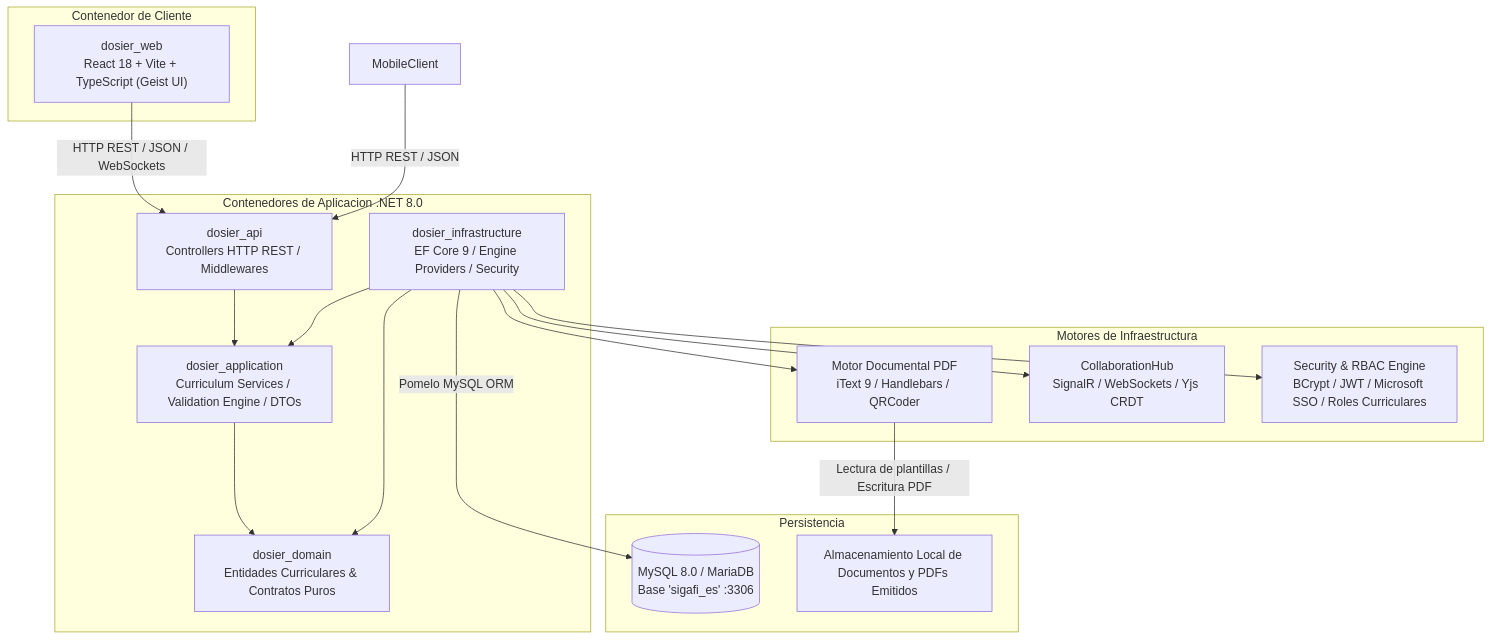
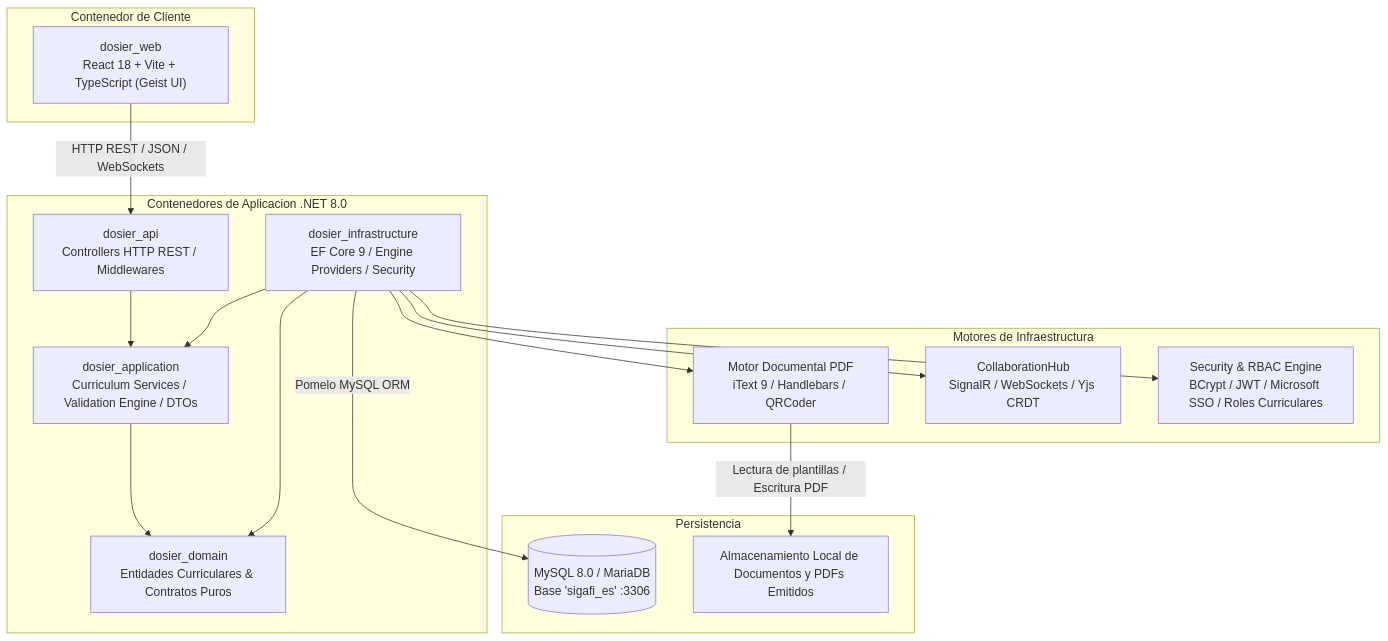
The third of 3 diagrams in docs/documentacion/01-arquitectura/01-macro-arquitectura-clean-arch.md (JorgeDoicela/dosier), drawn with Mermaid before and after one commit. The commit also changed other lines of this file and 23 other files, not shown here.

````diff
--- a/docs/documentacion/01-arquitectura/01-macro-arquitectura-clean-arch.md
+++ b/docs/documentacion/01-arquitectura/01-macro-arquitectura-clean-arch.md
@@ -92,39 +91,38 @@
 ```mermaid
 graph TB
     subgraph Clients [Contenedor de Cliente]
         WebClient["dosier_web\nReact 18 + Vite + TypeScript (Geist UI)"]
     end
 
     subgraph BackendServices [Contenedores de Aplicacion .NET 8.0]
         APIContainer["dosier_api\nControllers HTTP REST / Middlewares"]
         AppContainer["dosier_application\nCurriculum Services / Validation Engine / DTOs"]
         DomainContainer["dosier_domain\nEntidades Curriculares & Contratos Puros"]
         InfraContainer["dosier_infrastructure\nEF Core 9 / Engine Providers / Security"]
     end
 
     subgraph SpecializedEngines [Motores de Infraestructura]
         DocEngine["Motor Documental PDF\niText 9 / Handlebars / QRCoder"]
         CoWorkHub["CollaborationHub\nSignalR / WebSockets / Yjs CRDT"]
         SecurityEngine["Security & RBAC Engine\nBCrypt / JWT / Microsoft SSO / Roles Curriculares"]
     end
 
     subgraph DataStorage [Persistencia]
         DB[(MySQL 8.0 / MariaDB\nBase 'sigafi_es' :3306)]
         FileStore["Almacenamiento Local de Documentos y PDFs Emitidos"]
     end
 
     WebClient -->|HTTP REST / JSON / WebSockets| APIContainer
-    MobileClient -->|HTTP REST / JSON| APIContainer
 
     APIContainer --> AppContainer
     AppContainer --> DomainContainer
     InfraContainer --> DomainContainer
     InfraContainer --> AppContainer
 
     InfraContainer --> DocEngine
     InfraContainer --> CoWorkHub
     InfraContainer --> SecurityEngine
 
     InfraContainer -->|Pomelo MySQL ORM| DB
     DocEngine -->|Lectura de plantillas / Escritura PDF| FileStore
 ```
````
